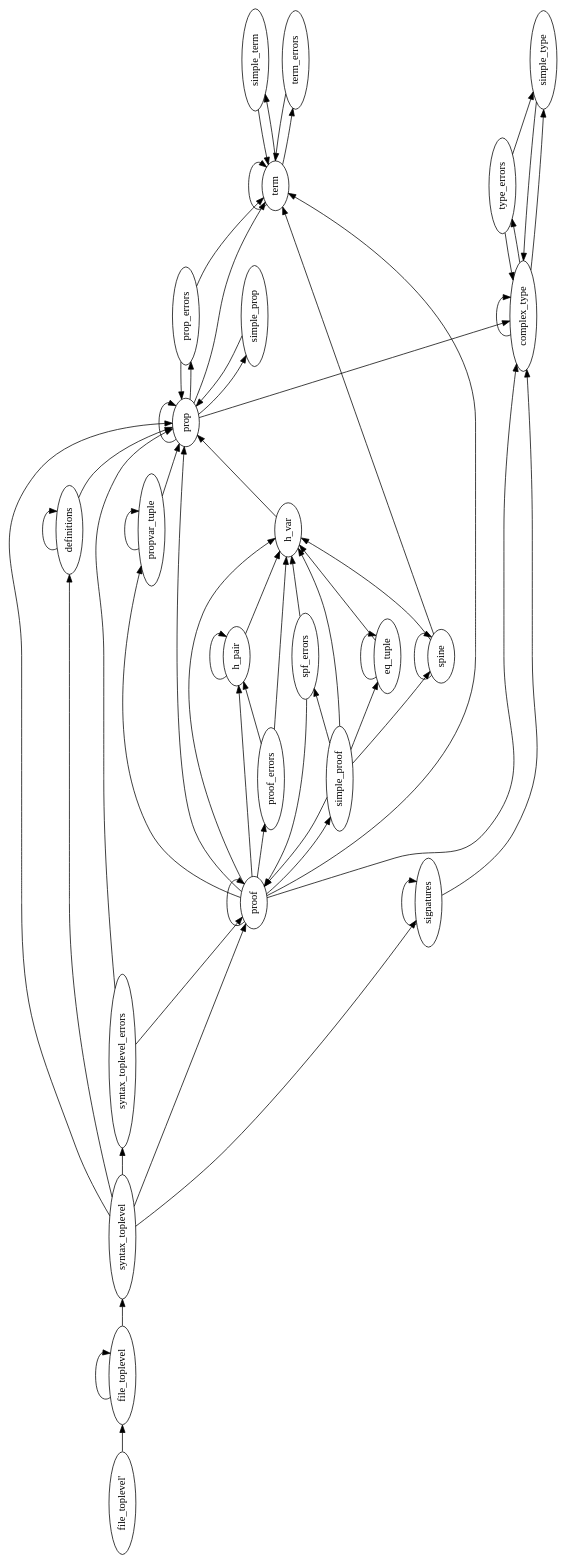
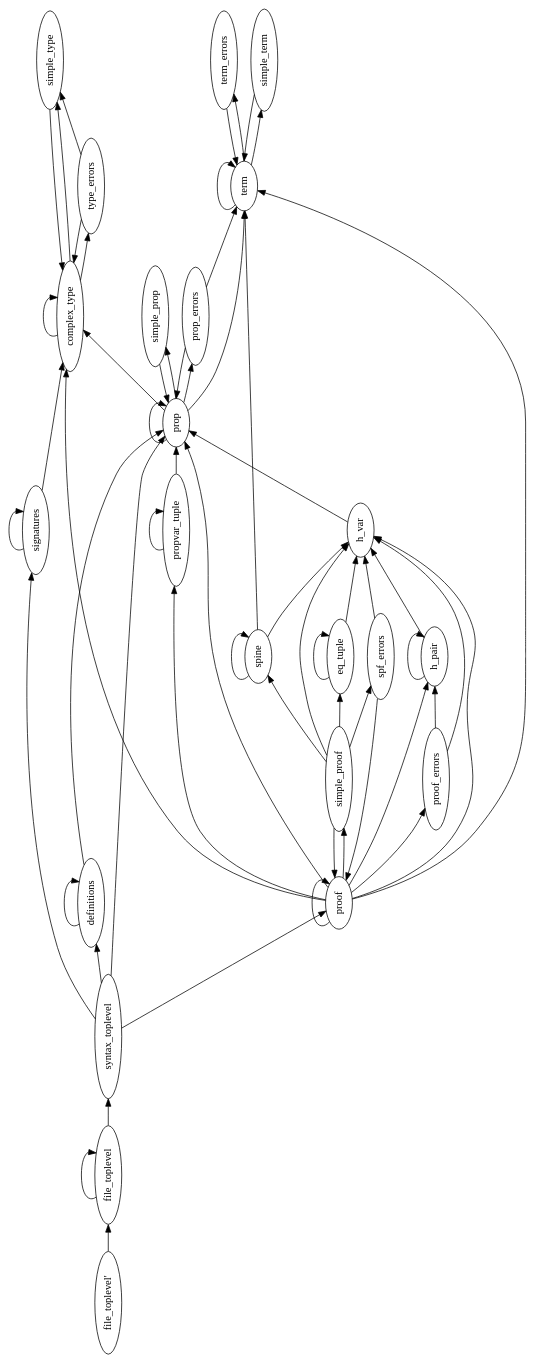
The diagram in src/parser/Parser.dot (LaifsV1/YUP), drawn with Graphviz before and after one commit. The commit also changed 10 other files, not shown here.

```diff
--- a/src/parser/Parser.dot
+++ b/src/parser/Parser.dot
@@ -1,91 +1,87 @@
 digraph G {
 orientation = landscape;
 rankdir = LR;
 ratio = compress;
 nt0 [ label="file_toplevel'" ] ;
 nt1 [ label="type_errors" ] ;
 nt2 [ label="term_errors" ] ;
 nt3 [ label="term" ] ;
-nt4 [ label="syntax_toplevel_errors" ] ;
-nt5 [ label="syntax_toplevel" ] ;
-nt6 [ label="spine" ] ;
-nt7 [ label="spf_errors" ] ;
-nt8 [ label="simple_type" ] ;
-nt9 [ label="simple_term" ] ;
-nt10 [ label="simple_prop" ] ;
-nt11 [ label="simple_proof" ] ;
-nt12 [ label="signatures" ] ;
-nt13 [ label="propvar_tuple" ] ;
-nt14 [ label="prop_errors" ] ;
-nt15 [ label="prop" ] ;
-nt16 [ label="proof_errors" ] ;
-nt17 [ label="proof" ] ;
-nt18 [ label="h_var" ] ;
-nt19 [ label="h_pair" ] ;
-nt20 [ label="file_toplevel" ] ;
-nt21 [ label="eq_tuple" ] ;
-nt22 [ label="definitions" ] ;
-nt23 [ label="complex_type" ] ;
-nt0 -> nt20 [ label="" ] ;
-nt1 -> nt8 [ label="" ] ;
-nt1 -> nt23 [ label="" ] ;
+nt4 [ label="syntax_toplevel" ] ;
+nt5 [ label="spine" ] ;
+nt6 [ label="spf_errors" ] ;
+nt7 [ label="simple_type" ] ;
+nt8 [ label="simple_term" ] ;
+nt9 [ label="simple_prop" ] ;
+nt10 [ label="simple_proof" ] ;
+nt11 [ label="signatures" ] ;
+nt12 [ label="propvar_tuple" ] ;
+nt13 [ label="prop_errors" ] ;
+nt14 [ label="prop" ] ;
+nt15 [ label="proof_errors" ] ;
+nt16 [ label="proof" ] ;
+nt17 [ label="h_var" ] ;
+nt18 [ label="h_pair" ] ;
+nt19 [ label="file_toplevel" ] ;
+nt20 [ label="eq_tuple" ] ;
+nt21 [ label="definitions" ] ;
+nt22 [ label="complex_type" ] ;
+nt0 -> nt19 [ label="" ] ;
+nt1 -> nt7 [ label="" ] ;
+nt1 -> nt22 [ label="" ] ;
 nt2 -> nt3 [ label="" ] ;
 nt3 -> nt2 [ label="" ] ;
 nt3 -> nt3 [ label="" ] ;
-nt3 -> nt9 [ label="" ] ;
-nt4 -> nt15 [ label="" ] ;
-nt4 -> nt17 [ label="" ] ;
-nt5 -> nt4 [ label="" ] ;
-nt5 -> nt12 [ label="" ] ;
-nt5 -> nt15 [ label="" ] ;
+nt3 -> nt8 [ label="" ] ;
+nt4 -> nt11 [ label="" ] ;
+nt4 -> nt14 [ label="" ] ;
+nt4 -> nt16 [ label="" ] ;
+nt4 -> nt21 [ label="" ] ;
+nt5 -> nt3 [ label="" ] ;
+nt5 -> nt5 [ label="" ] ;
 nt5 -> nt17 [ label="" ] ;
-nt5 -> nt22 [ label="" ] ;
-nt6 -> nt3 [ label="" ] ;
-nt6 -> nt6 [ label="" ] ;
-nt6 -> nt18 [ label="" ] ;
-nt7 -> nt17 [ label="" ] ;
-nt7 -> nt18 [ label="" ] ;
-nt8 -> nt23 [ label="" ] ;
-nt9 -> nt3 [ label="" ] ;
-nt10 -> nt15 [ label="" ] ;
-nt11 -> nt6 [ label="" ] ;
-nt11 -> nt7 [ label="" ] ;
-nt11 -> nt17 [ label="" ] ;
-nt11 -> nt18 [ label="" ] ;
-nt11 -> nt21 [ label="" ] ;
+nt6 -> nt16 [ label="" ] ;
+nt6 -> nt17 [ label="" ] ;
+nt7 -> nt22 [ label="" ] ;
+nt8 -> nt3 [ label="" ] ;
+nt9 -> nt14 [ label="" ] ;
+nt10 -> nt5 [ label="" ] ;
+nt10 -> nt6 [ label="" ] ;
+nt10 -> nt16 [ label="" ] ;
+nt10 -> nt17 [ label="" ] ;
+nt10 -> nt20 [ label="" ] ;
+nt11 -> nt11 [ label="" ] ;
+nt11 -> nt22 [ label="" ] ;
 nt12 -> nt12 [ label="" ] ;
-nt12 -> nt23 [ label="" ] ;
-nt13 -> nt13 [ label="" ] ;
-nt13 -> nt15 [ label="" ] ;
+nt12 -> nt14 [ label="" ] ;
+nt13 -> nt3 [ label="" ] ;
+nt13 -> nt14 [ label="" ] ;
 nt14 -> nt3 [ label="" ] ;
-nt14 -> nt15 [ label="" ] ;
-nt15 -> nt3 [ label="" ] ;
-nt15 -> nt10 [ label="" ] ;
-nt15 -> nt14 [ label="" ] ;
-nt15 -> nt15 [ label="" ] ;
-nt15 -> nt23 [ label="" ] ;
+nt14 -> nt9 [ label="" ] ;
+nt14 -> nt13 [ label="" ] ;
+nt14 -> nt14 [ label="" ] ;
+nt14 -> nt22 [ label="" ] ;
+nt15 -> nt17 [ label="" ] ;
+nt15 -> nt18 [ label="" ] ;
+nt16 -> nt3 [ label="" ] ;
+nt16 -> nt10 [ label="" ] ;
+nt16 -> nt12 [ label="" ] ;
+nt16 -> nt14 [ label="" ] ;
+nt16 -> nt15 [ label="" ] ;
+nt16 -> nt16 [ label="" ] ;
+nt16 -> nt17 [ label="" ] ;
 nt16 -> nt18 [ label="" ] ;
-nt16 -> nt19 [ label="" ] ;
-nt17 -> nt3 [ label="" ] ;
-nt17 -> nt11 [ label="" ] ;
-nt17 -> nt13 [ label="" ] ;
-nt17 -> nt15 [ label="" ] ;
-nt17 -> nt16 [ label="" ] ;
-nt17 -> nt17 [ label="" ] ;
-nt17 -> nt18 [ label="" ] ;
-nt17 -> nt19 [ label="" ] ;
-nt17 -> nt23 [ label="" ] ;
-nt18 -> nt15 [ label="" ] ;
-nt19 -> nt18 [ label="" ] ;
+nt16 -> nt22 [ label="" ] ;
+nt17 -> nt14 [ label="" ] ;
+nt18 -> nt17 [ label="" ] ;
+nt18 -> nt18 [ label="" ] ;
+nt19 -> nt4 [ label="" ] ;
 nt19 -> nt19 [ label="" ] ;
-nt20 -> nt5 [ label="" ] ;
+nt20 -> nt17 [ label="" ] ;
 nt20 -> nt20 [ label="" ] ;
-nt21 -> nt18 [ label="" ] ;
+nt21 -> nt14 [ label="" ] ;
 nt21 -> nt21 [ label="" ] ;
-nt22 -> nt15 [ label="" ] ;
+nt22 -> nt1 [ label="" ] ;
+nt22 -> nt7 [ label="" ] ;
 nt22 -> nt22 [ label="" ] ;
-nt23 -> nt1 [ label="" ] ;
-nt23 -> nt8 [ label="" ] ;
-nt23 -> nt23 [ label="" ] ;
 
 }
```
